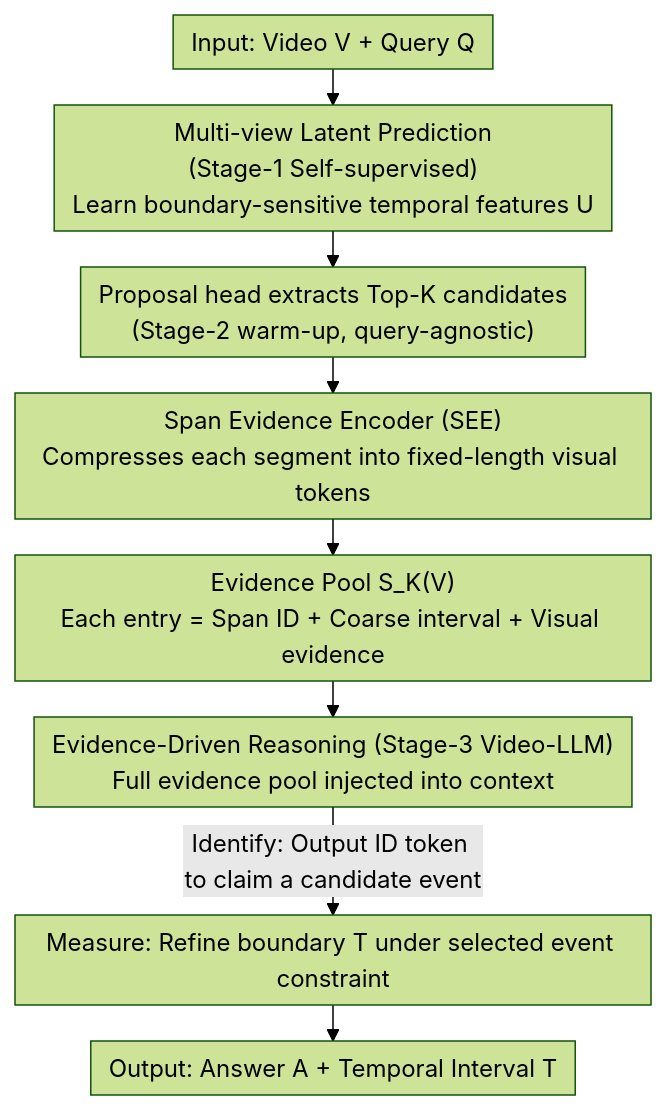
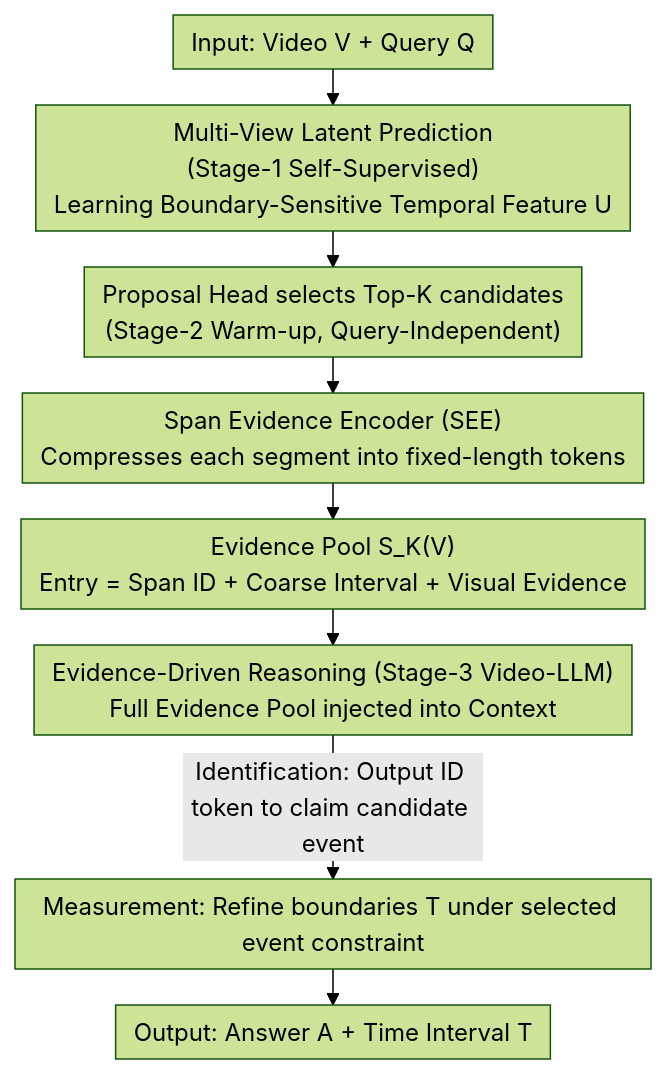
Before and after one commit to zhaoyang97/Paper-Notes-en: the diagram in docs/ICML2026/video_understanding/foresee-to-ground_from_predictive_temporal_perception_to_evidence-driven_reasoni.md, drawn with Mermaid (forest theme). The commit also changed other lines of this file and 5084 other files, not shown here.

````diff
--- a/docs/ICML2026/video_understanding/foresee-to-ground_from_predictive_temporal_perception_to_evidence-driven_reasoni.md
+++ b/docs/ICML2026/video_understanding/foresee-to-ground_from_predictive_temporal_perception_to_evidence-driven_reasoni.md
@@ -53,11 +53,11 @@
 ```mermaid
 %%{init: {'flowchart': {'rankSpacing': 24, 'nodeSpacing': 28, 'padding': 6, 'wrappingWidth': 400}}}%%
 flowchart TD
-    A["Input: Video V + Query Q"] --> B["Multi-view Latent Prediction<br/>(Stage-1 Self-supervised)<br/>Learn boundary-sensitive temporal features U"]
-    B --> C["Proposal head extracts Top-K candidates<br/>(Stage-2 warm-up, query-agnostic)"]
-    C --> D["Span Evidence Encoder (SEE)<br/>Compresses each segment into fixed-length visual tokens"]
-    D --> E["Evidence Pool S_K(V)<br/>Each entry = Span ID + Coarse interval + Visual evidence"]
-    E --> F["Evidence-Driven Reasoning (Stage-3 Video-LLM)<br/>Full evidence pool injected into context"]
-    F -->|Identify: Output ID token to claim a candidate event| G["Measure: Refine boundary T under selected event constraint"]
-    G --> H["Output: Answer A + Temporal Interval T"]
+    A["Input: Video V + Query Q"] --> B["Multi-View Latent Prediction<br/>(Stage-1 Self-Supervised)<br/>Learning Boundary-Sensitive Temporal Feature U"]
+    B --> C["Proposal Head selects Top-K candidates<br/>(Stage-2 Warm-up, Query-Independent)"]
+    C --> D["Span Evidence Encoder (SEE)<br/>Compresses each segment into fixed-length tokens"]
+    D --> E["Evidence Pool S_K(V)<br/>Entry = Span ID + Coarse Interval + Visual Evidence"]
+    E --> F["Evidence-Driven Reasoning (Stage-3 Video-LLM)<br/>Full Evidence Pool injected into Context"]
+    F -->|Identification: Output ID token to claim candidate event| G["Measurement: Refine boundaries T under selected event constraint"]
+    G --> H["Output: Answer A + Time Interval T"]
 ```
````
